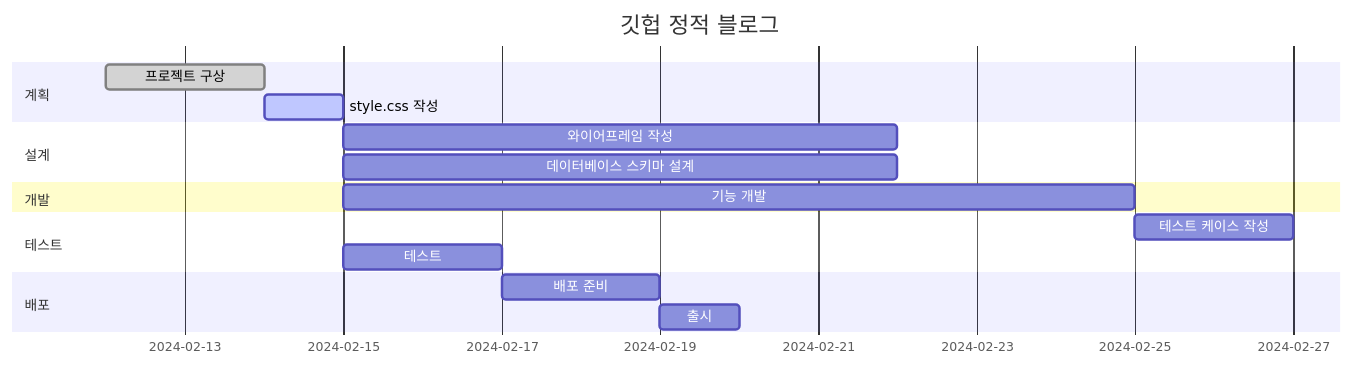
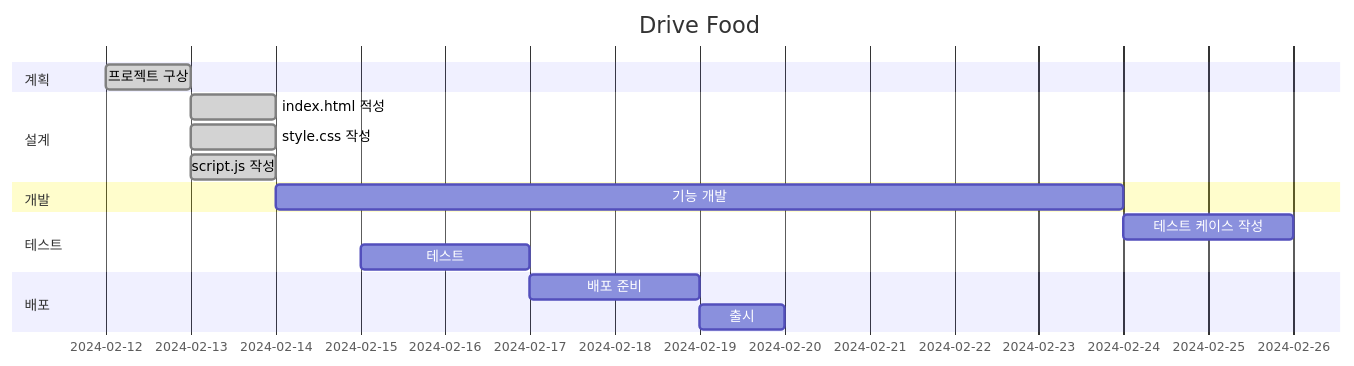
One commit to Junha9694/GPT_-travel_repoProject1 changed the second of 2 diagrams in README.md. Above: the diagram before and after it, drawn with Mermaid.

````diff
--- a/README.md
+++ b/README.md
@@ -40,19 +40,21 @@
 ```mermaid
 gantt
-    title 깃헙 정적 블로그
+    title Drive Food
     dateFormat  YYYY-MM-DD
     section 계획
-    프로젝트 구상       :done,    des1, 2024-02-12, 2d
-    style.css 작성     :active,  des2, after des1, 1d
+    프로젝트 구상       :done,    des1, 2024-02-12, 1d
+
     section 설계
-    와이어프레임 작성         :         des3, after des2, 7d
-    데이터베이스 스키마 설계  :         des4, after des2, 7d
+    index.html 적성    :done,    des1, 2024-02-13, 1d
+    style.css 작성     :done,    des1, 2024-02-13, 1d
+    script.js 작성     :done,    des1, 2024-02-13, 1d
+
     section 개발
     기능 개발                :         dev2, after des2, 10d
     section 테스트
     테스트 케이스 작성       :         tes1, after dev2, 2d
     테스트                  :         tes2, after dev1, 2d
     section 배포
     배포 준비               :         dep1, after tes2, 2d
     출시                    :         dep2, after dep1, 1d
 ```
````
